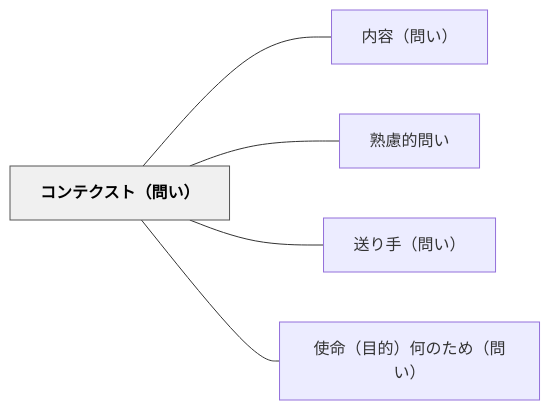
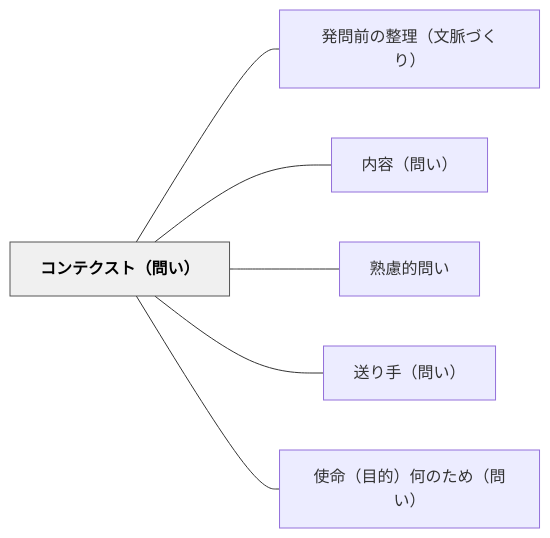
One commit to unknownthings-ed-patterns/unknownthings-ed-patterns changed the diagram in content/パタン/コンテクスト（問い）.md. Above: the diagram before and after it, drawn with Mermaid. The commit also changed other lines of this file and 19 other files, not shown here.

````diff
--- a/content/パタン/コンテクスト（問い）.md
+++ b/content/パタン/コンテクスト（問い）.md
@@ -43,16 +44,18 @@
 ```mermaid
 flowchart LR
     ne382b3e383b3["コンテクスト（問い）"]
+    ne799bae5958f["発問前の整理（文脈づくり）"]
     ne58685e5aeb9["内容（問い）"]
     ne7869fe685ae["熟慮的問い"]
     ne98081e3828a["送り手（問い）"]
     ne4bdbfe591bd["使命（目的）何のため（問い）"]
 
+    ne382b3e383b3 --- ne799bae5958f
     ne382b3e383b3 --- ne58685e5aeb9
     ne382b3e383b3 --- ne7869fe685ae
     ne382b3e383b3 --- ne98081e3828a
     ne382b3e383b3 --- ne4bdbfe591bd
 
     classDef hub fill:#f0f0f0,stroke:#555,color:#000,font-weight:bold
     class ne382b3e383b3 hub
 ```
````
